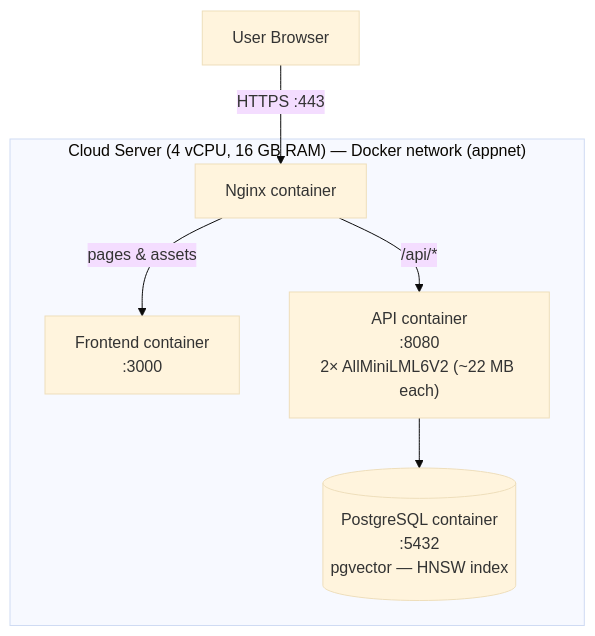
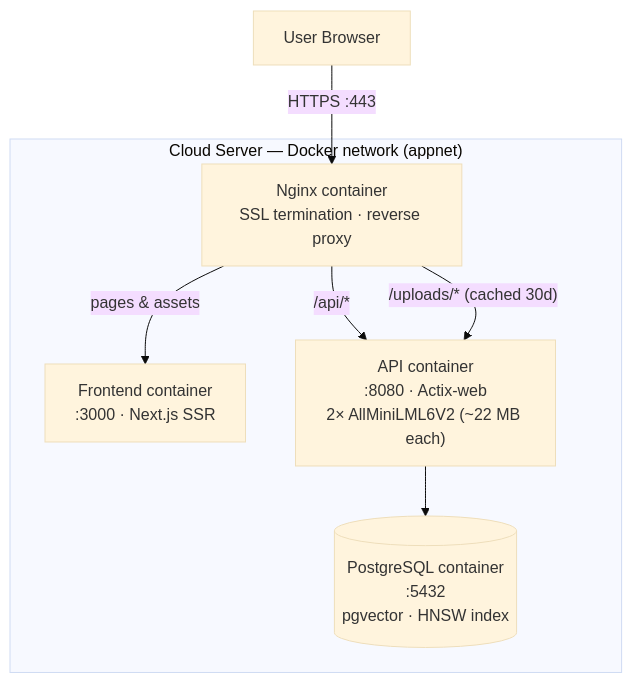
Before and after one commit to Kroplewski-M/student_showcase: the fifth of 6 diagrams in README.md, drawn with Mermaid (base theme). The commit also changed other lines of this file, not shown here.

````diff
--- a/README.md
+++ b/README.md
@@ -199,15 +233,16 @@
 ```mermaid
 graph TD
     Browser["User Browser"] -->|"HTTPS :443"| Nginx
 
-    subgraph host["Cloud Server (4 vCPU, 16 GB RAM) — Docker network (appnet)"]
-        Nginx["Nginx container"]
-        FE["Frontend container\n:3000"]
-        API["API container\n:8080\n2× AllMiniLML6V2 (~22 MB each)"]
-        DB[("PostgreSQL container\n:5432\npgvector — HNSW index")]
+    subgraph host["Cloud Server — Docker network (appnet)"]
+        Nginx["Nginx container\nSSL termination · reverse proxy"]
+        FE["Frontend container\n:3000 · Next.js SSR"]
+        API["API container\n:8080 · Actix-web\n2× AllMiniLML6V2 (~22 MB each)"]
+        DB[("PostgreSQL container\n:5432\npgvector · HNSW index")]
 
-        Nginx -->|pages & assets| FE
+        Nginx -->|"pages & assets"| FE
         Nginx -->|"/api/*"| API
+        Nginx -->|"/uploads/* (cached 30d)"| API
         API --> DB
     end
 ```
````
